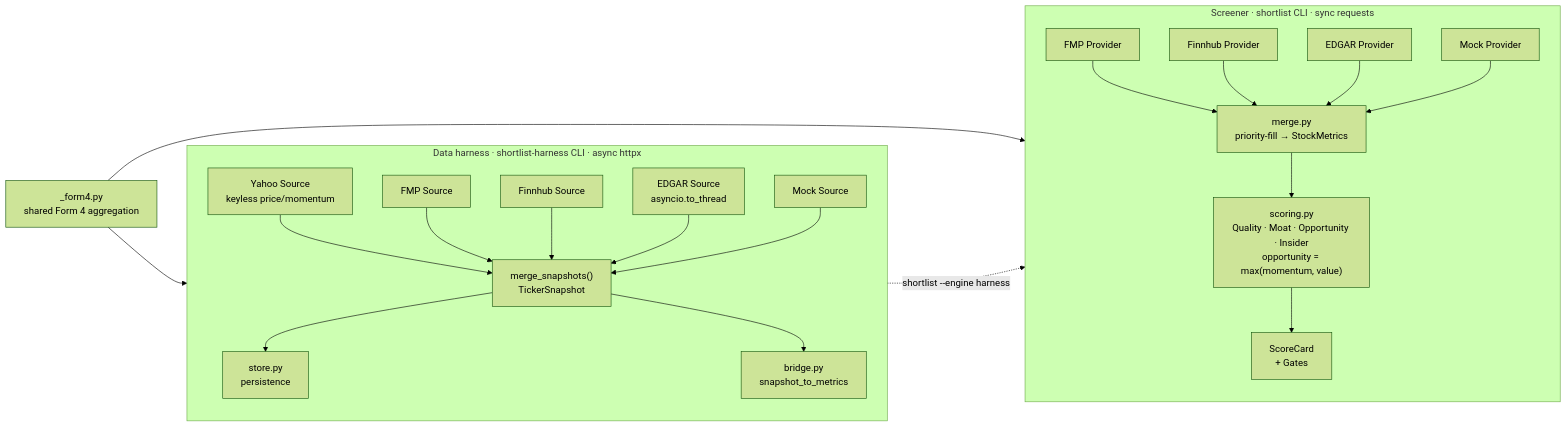
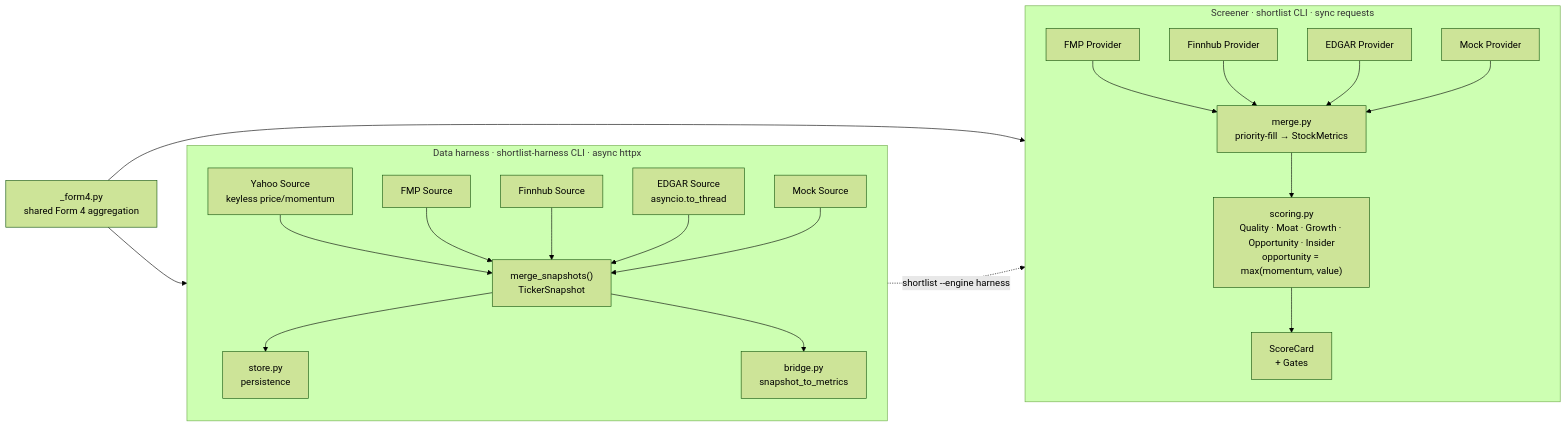
One commit to christurgeon/shortlist changed the second of 2 diagrams in README.md. Above: the diagram before and after it, drawn with Mermaid (forest theme). The commit also changed other lines of this file and 18 other files, not shown here.

First line of the commit message:
feat: add growth sub-score (6th scoring axis)

````diff
--- a/README.md
+++ b/README.md
@@ -38,46 +38,46 @@
 ```mermaid
 flowchart LR
     subgraph screener ["Screener  ·  shortlist CLI  ·  sync requests"]
         direction TB
         SP1["FMP Provider"]
         SP2["Finnhub Provider"]
         SP3["EDGAR Provider"]
         SP4["Mock Provider"]
         MG["merge.py\npriority-fill → StockMetrics"]
-        SC["scoring.py\nQuality · Moat · Opportunity · Insider\nopportunity = max(momentum, value)"]
+        SC["scoring.py\nQuality · Moat · Growth · Opportunity · Insider\nopportunity = max(momentum, value)"]
         CARD["ScoreCard\n+ Gates"]
 
         SP1 --> MG
         SP2 --> MG
         SP3 --> MG
         SP4 --> MG
         MG --> SC
         SC --> CARD
     end
 
     subgraph harness ["Data harness  ·  shortlist-harness CLI  ·  async httpx"]
         direction TB
         HS0["Yahoo Source\nkeyless price/momentum"]
         HS1["FMP Source"]
         HS2["Finnhub Source"]
         HS3["EDGAR Source\nasyncio.to_thread"]
         HS4["Mock Source"]
         HM["merge_snapshots()\nTickerSnapshot"]
         BR["bridge.py\nsnapshot_to_metrics"]
         STORE["store.py\npersistence"]
 
         HS0 --> HM
         HS1 --> HM
         HS2 --> HM
         HS3 --> HM
         HS4 --> HM
         HM --> STORE
         HM --> BR
     end
 
     F4["_form4.py\nshared Form 4 aggregation"]
     F4 --> SP3
     F4 --> HS3
 
     BR -.->|"shortlist --engine harness"| SC
 ```
````
